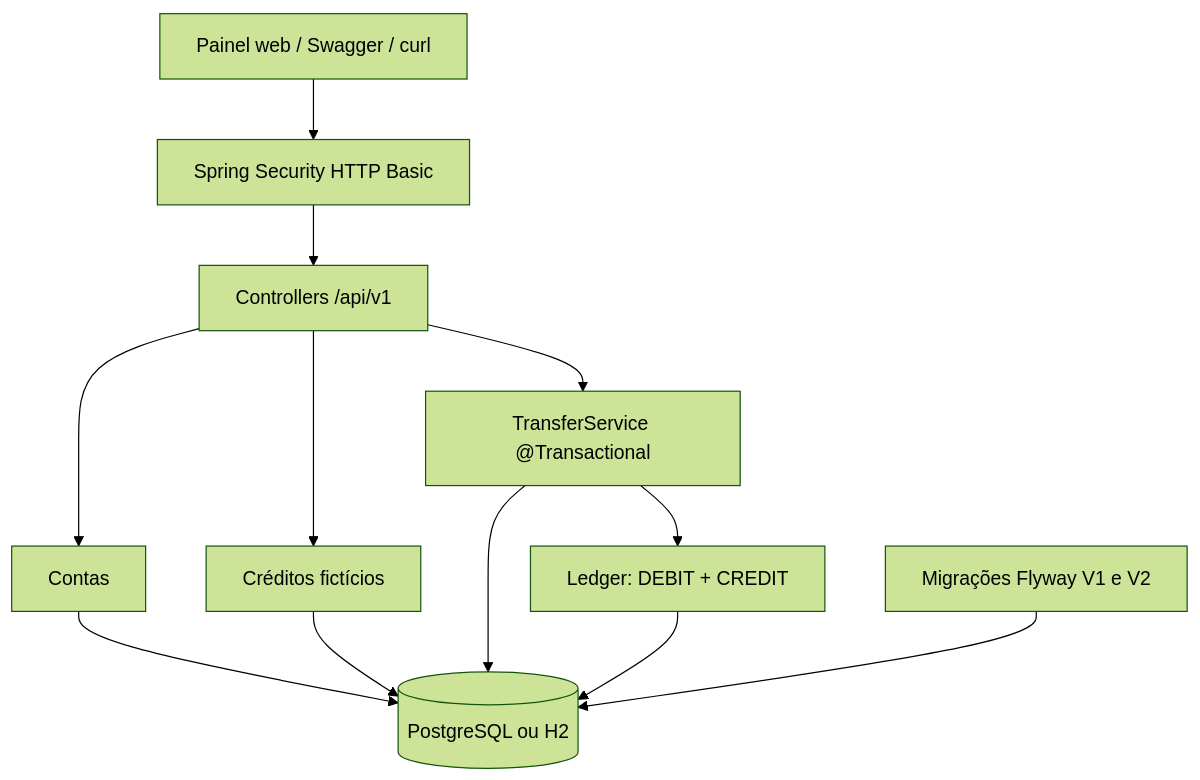
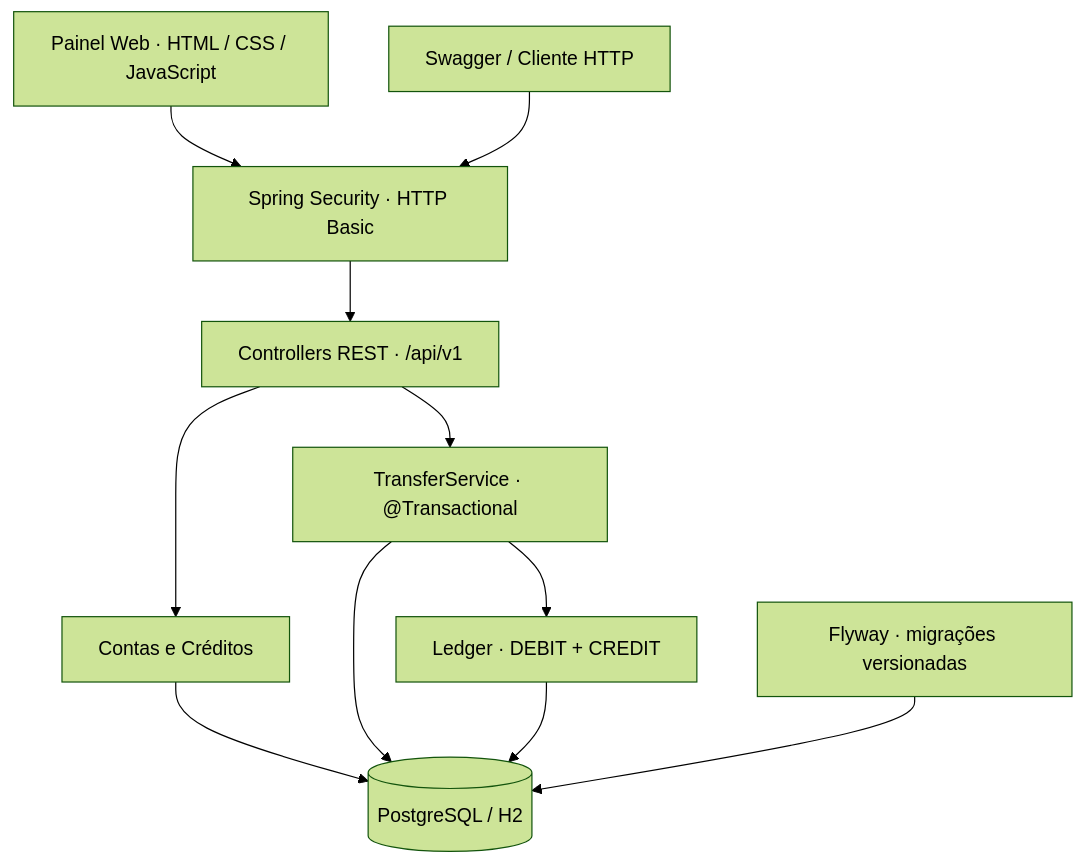
Before and after one commit to WalterMatheusgg/Bank-Enterprise: the diagram in README.md, drawn with Mermaid (forest theme). The commit also changed other lines of this file, not shown here.

Commit message:
docs: rebuild Vértice Bank README around real web dashboard and backend architecture

````diff
--- a/README.md
+++ b/README.md
@@ -72,14 +69,13 @@
-~~~mermaid
+```mermaid
 flowchart TB
-    USER["Painel web / Swagger / curl"] --> AUTH["Spring Security HTTP Basic"]
-    AUTH --> API["Controllers /api/v1"]
-    API --> ACCOUNT["Contas"]
-    API --> DEPOSIT["Créditos fictícios"]
-    API --> TRANSFER["TransferService @Transactional"]
-    TRANSFER --> LEDGER["Ledger: DEBIT + CREDIT"]
-    ACCOUNT --> DB[("PostgreSQL ou H2")]
-    DEPOSIT --> DB
+    UI["Painel Web · HTML / CSS / JavaScript"] --> SEC["Spring Security · HTTP Basic"]
+    API["Swagger / Cliente HTTP"] --> SEC
+    SEC --> CTRL["Controllers REST · /api/v1"]
+    CTRL --> ACCOUNT["Contas e Créditos"]
+    CTRL --> TRANSFER["TransferService · @Transactional"]
+    TRANSFER --> LEDGER["Ledger · DEBIT + CREDIT"]
+    ACCOUNT --> DB[("PostgreSQL / H2")]
     TRANSFER --> DB
     LEDGER --> DB
-    FLYWAY["Migrações Flyway V1 e V2"] --> DB
-~~~
+    FLYWAY["Flyway · migrações versionadas"] --> DB
+```
````
